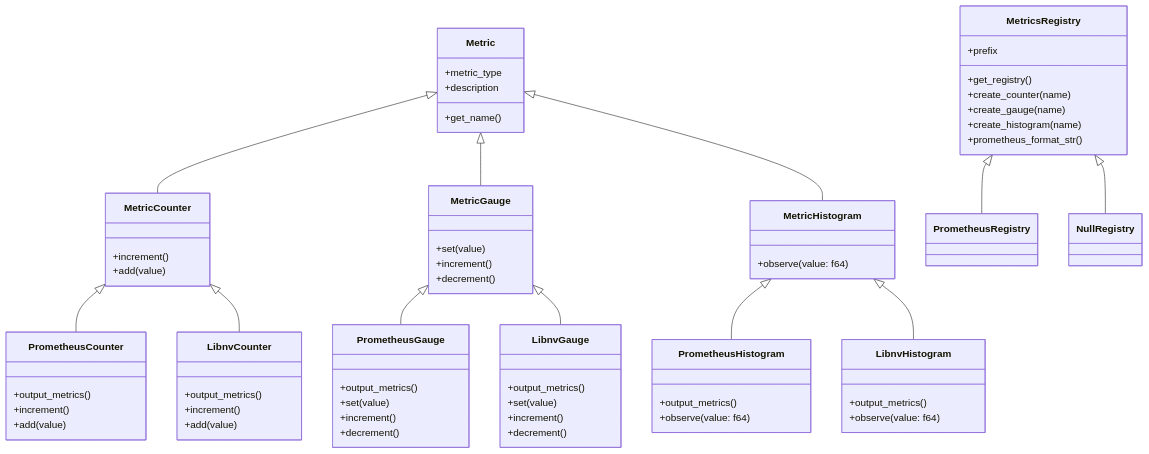
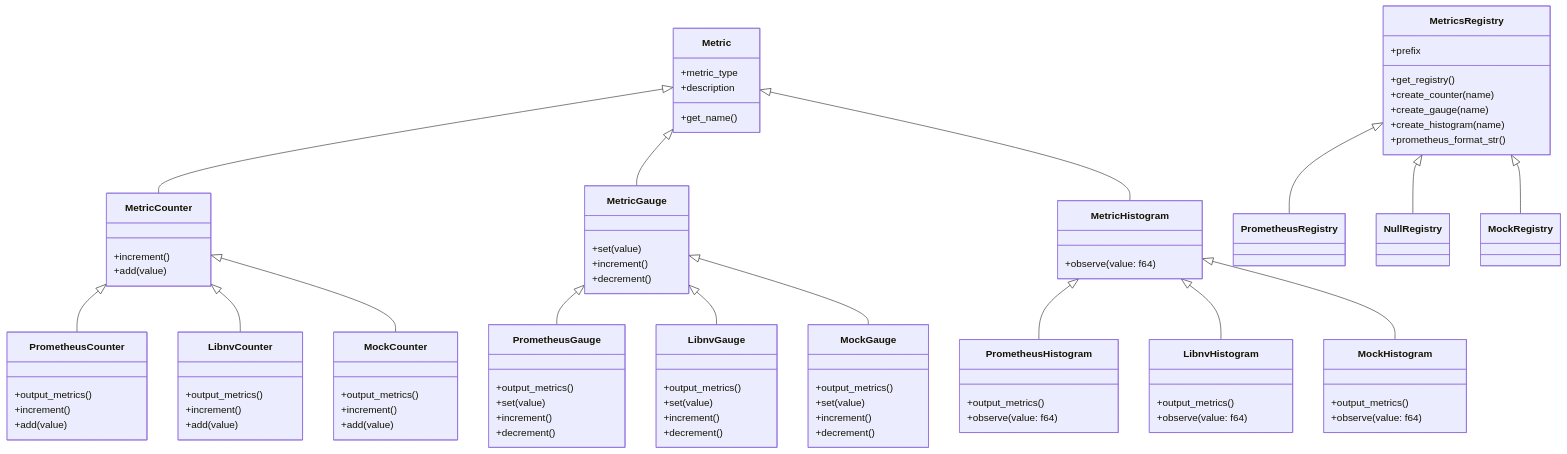
One commit to ai-dynamo/enhancements changed the diagram in deps/NNNN-observability-metrics.md. Above: the diagram before and after it, drawn with Mermaid.

Commit message:
more mock nodes

````diff
--- a/deps/NNNN-observability-metrics.md
+++ b/deps/NNNN-observability-metrics.md
@@ -158,6 +158,24 @@
         +observe(value: f64)
     }
 
+    class MockCounter {
+        +output_metrics()
+        +increment()
+        +add(value)
+    }
+
+    class MockGauge {
+        +output_metrics()
+        +set(value)
+        +increment()
+        +decrement()
+    }
+
+    class MockHistogram {
+        +output_metrics()
+        +observe(value: f64)
+    }
+
     class MetricsRegistry {
         +prefix
         +get_registry()
@@ -173,8 +191,12 @@
     class NullRegistry {
     }
 
+    class MockRegistry {
+    }
+
     MetricsRegistry <|-- PrometheusRegistry
     MetricsRegistry <|-- NullRegistry
+    MetricsRegistry <|-- MockRegistry
 
     Metric <|-- MetricCounter
     Metric <|-- MetricGauge
@@ -186,5 +208,9 @@
 
     MetricCounter <|-- LibnvCounter
     MetricGauge <|-- LibnvGauge
-    MetricHistogram <|-- LibnvHistogram 
+    MetricHistogram <|-- LibnvHistogram
+
+    MetricCounter <|-- MockCounter
+    MetricGauge <|-- MockGauge
+    MetricHistogram <|-- MockHistogram 
 ``` 
````
